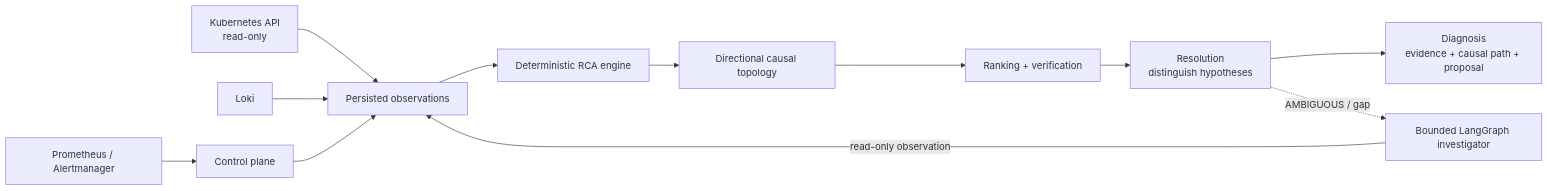
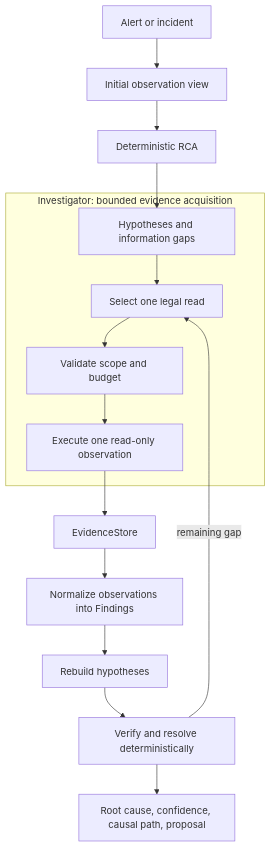
One commit to negativexq/agentic-sre changed the diagram in README.md. Above: the diagram before and after it, drawn with Mermaid. The commit also changed other lines of this file and 3 other files, not shown here.

````diff
--- a/README.md
+++ b/README.md
@@ -92,14 +94,19 @@
 ```mermaid
-flowchart LR
-  K8s[Kubernetes API<br/>read-only] --> O[Persisted observations]
-  Loki[Loki] --> O
-  AM[Prometheus / Alertmanager] --> CP[Control plane]
-  CP --> O
-  O --> E[Deterministic RCA engine]
-  E --> T[Directional causal topology]
-  T --> R[Ranking + verification]
-  R --> X[Resolution<br/>distinguish hypotheses]
-  X --> D[Diagnosis<br/>evidence + causal path + proposal]
-  X -. AMBIGUOUS / gap .-> L[Bounded LangGraph investigator]
-  L -->|read-only observation| O
+flowchart TD
+    A[Alert or incident] --> B[Initial observation view]
+    B --> J1[Deterministic RCA]
+    J1 --> H[Hypotheses and information gaps]
+
+    subgraph I[Investigator: bounded evidence acquisition]
+        H --> P[Select one legal read]
+        P --> V[Validate scope and budget]
+        V --> R[Execute one read-only observation]
+    end
+
+    R --> E[EvidenceStore]
+    E --> N[Normalize observations into Findings]
+    N --> J2[Rebuild hypotheses]
+    J2 --> Q[Verify and resolve deterministically]
+    Q -->|remaining gap| P
+    Q --> O[Root cause, confidence, causal path, proposal]
 ```
````
